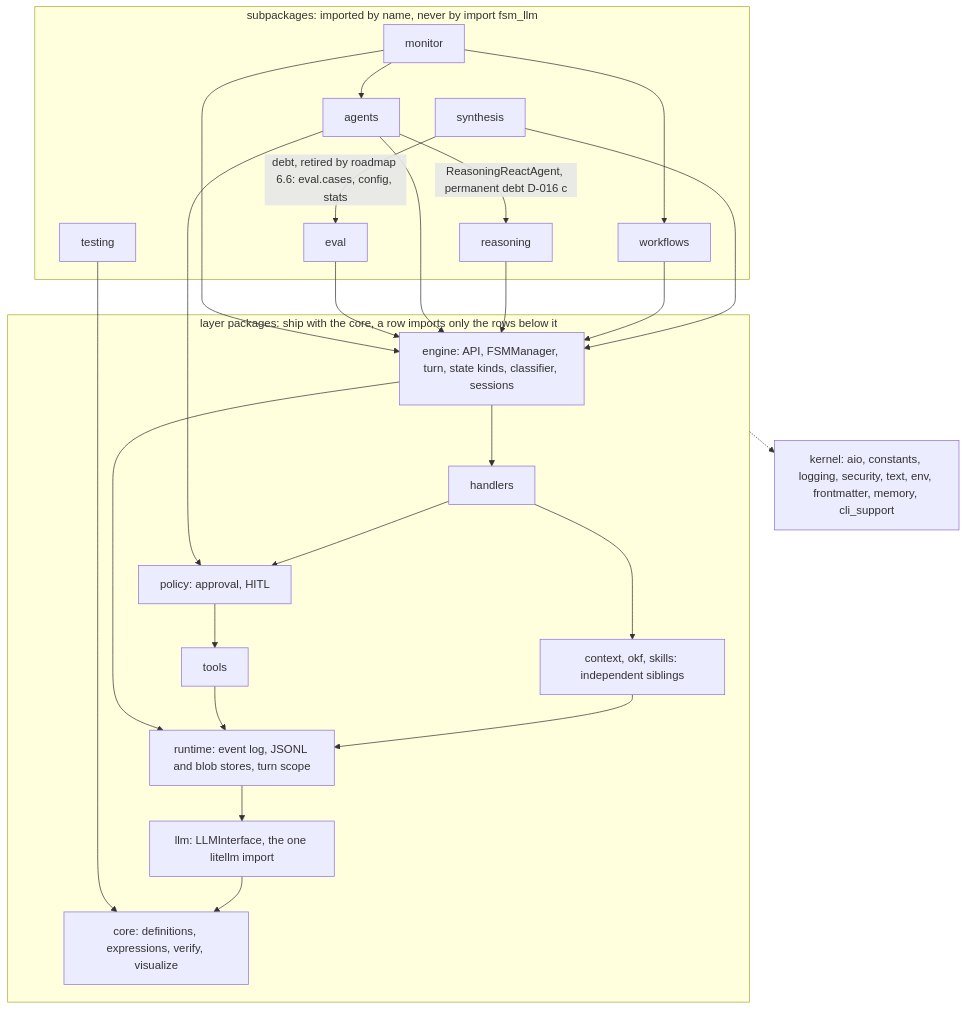
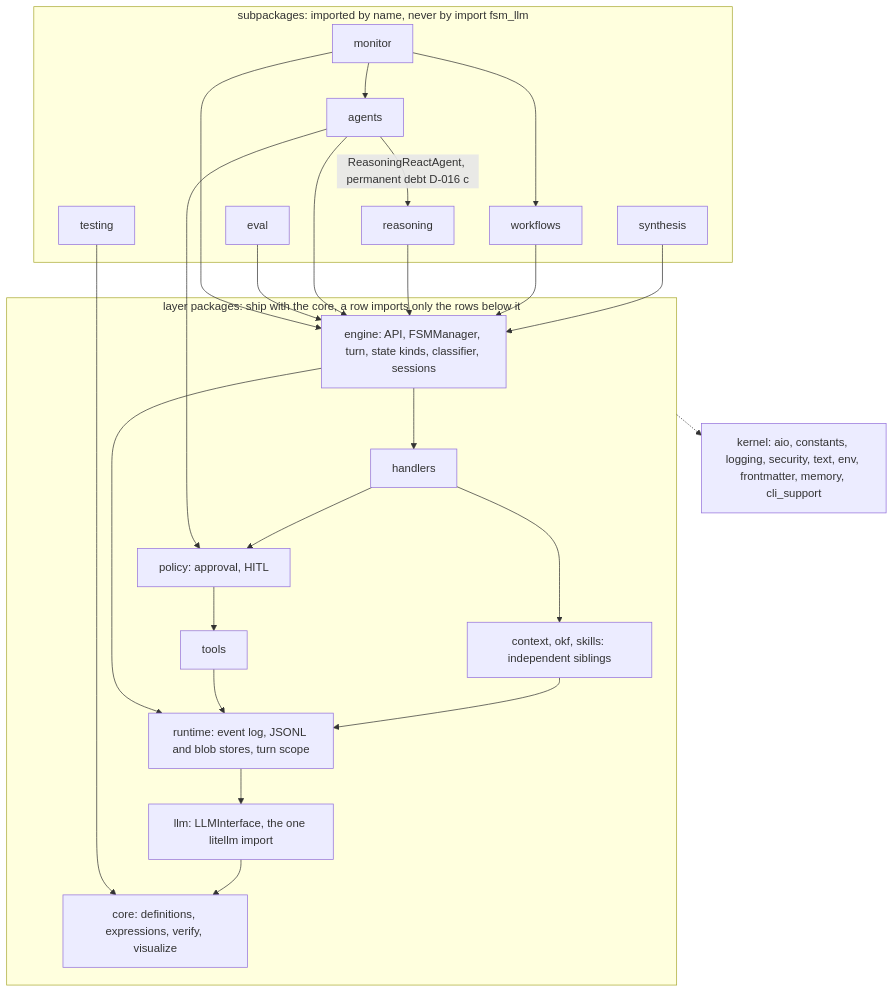
The diagram in AGENTS.md (NikolasMarkou/fsm_llm), drawn with Mermaid before and after one commit. The commit also changed other lines of this file and 39 other files, not shown here.

````diff
--- a/AGENTS.md
+++ b/AGENTS.md
@@ -15,45 +15,44 @@
 ```mermaid
 flowchart TD
     subgraph sub[subpackages: imported by name, never by import fsm_llm]
         monitor[monitor]
         eval[eval]
         agents[agents]
         synthesis[synthesis]
         workflows[workflows]
         reasoning[reasoning]
         testing[testing]
     end
     subgraph layers[layer packages: ship with the core, a row imports only the rows below it]
         engine[engine: API, FSMManager, turn, state kinds, classifier, sessions]
         handlers[handlers]
         policy[policy: approval, HITL]
         tools[tools]
         siblings[context, okf, skills: independent siblings]
         runtime[runtime: event log, JSONL and blob stores, turn scope]
         llm[llm: LLMInterface, the one litellm import]
         core[core: definitions, expressions, verify, visualize]
     end
     kernel[kernel: aio, constants, logging, security, text, env, frontmatter, memory, cli_support]
     monitor --> agents
     monitor --> workflows
     monitor --> engine
     eval --> engine
     agents --> engine
     agents -- ReasoningReactAgent, permanent debt D-016 c --> reasoning
     reasoning --> engine
     workflows --> engine
     synthesis --> engine
-    synthesis -- debt, retired by roadmap 6.6: eval.cases, config, stats --> eval
     testing --> core
     agents --> policy
     engine --> handlers
     engine --> runtime
     handlers --> policy
     handlers --> siblings
     policy --> tools
     tools --> runtime
     siblings --> runtime
     runtime --> llm
     llm --> core
     layers -.-> kernel
 ```
````
